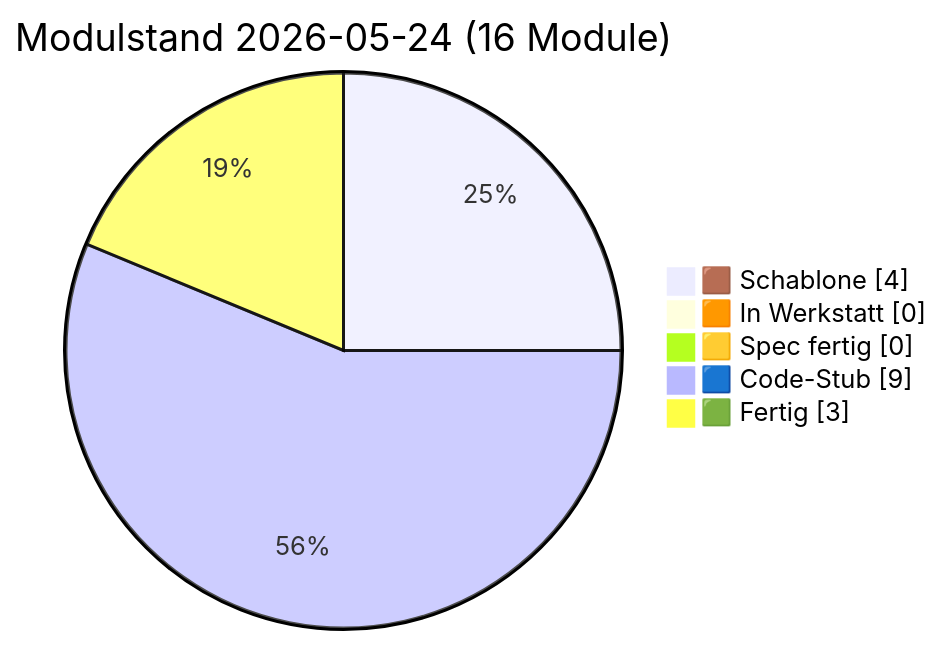
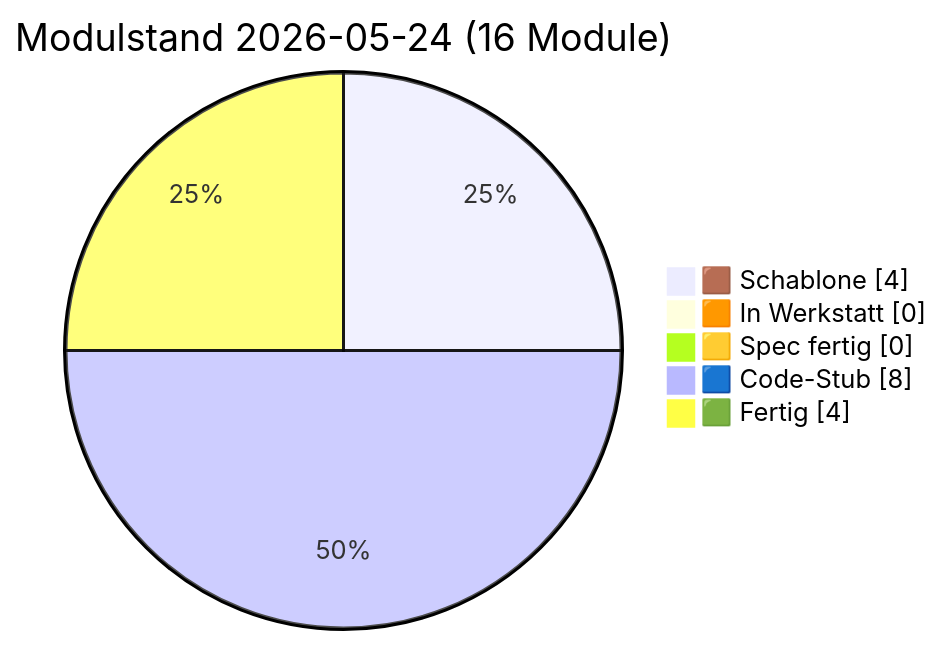
Before and after one commit to lausiklauskn-png/Sage-Protokol: the diagram in docs/PULS.md, drawn with Mermaid. The commit also changed other lines of this file and 5 other files, not shown here.

````diff
--- a/docs/PULS.md
+++ b/docs/PULS.md
@@ -21,9 +21,9 @@
 ```mermaid
 pie showData
   title Modulstand 2026-05-24 (16 Module)
   "🟫 Schablone" : 4
   "🟧 In Werkstatt" : 0
   "🟨 Spec fertig" : 0
-  "🟦 Code-Stub" : 9
-  "🟩 Fertig" : 3
+  "🟦 Code-Stub" : 8
+  "🟩 Fertig" : 4
 ```
````
